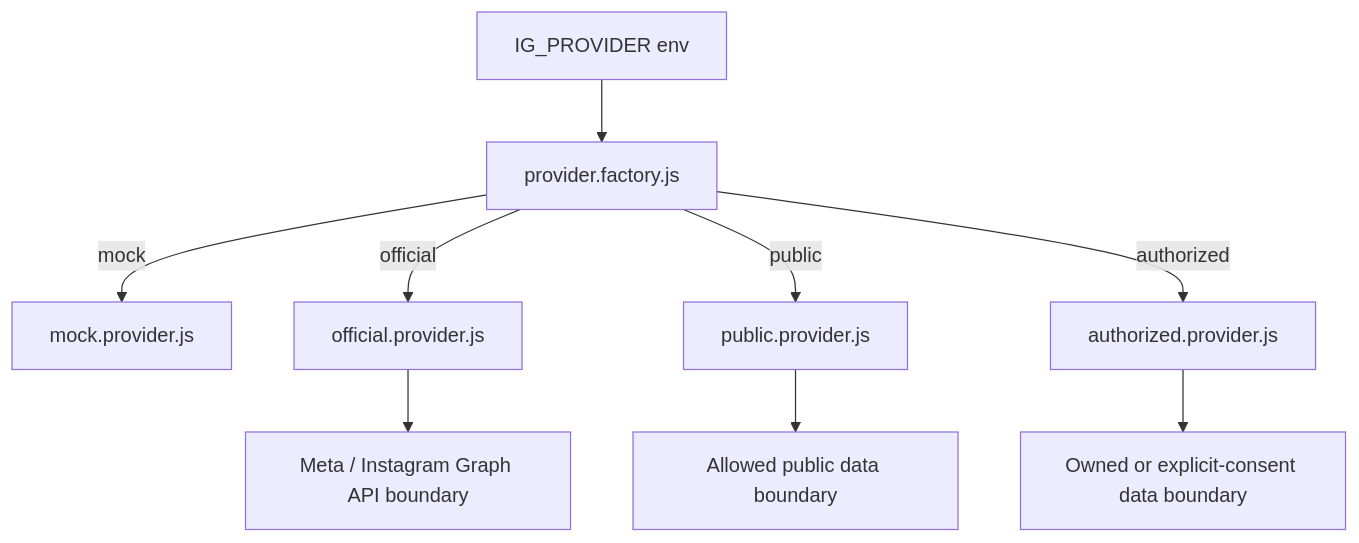
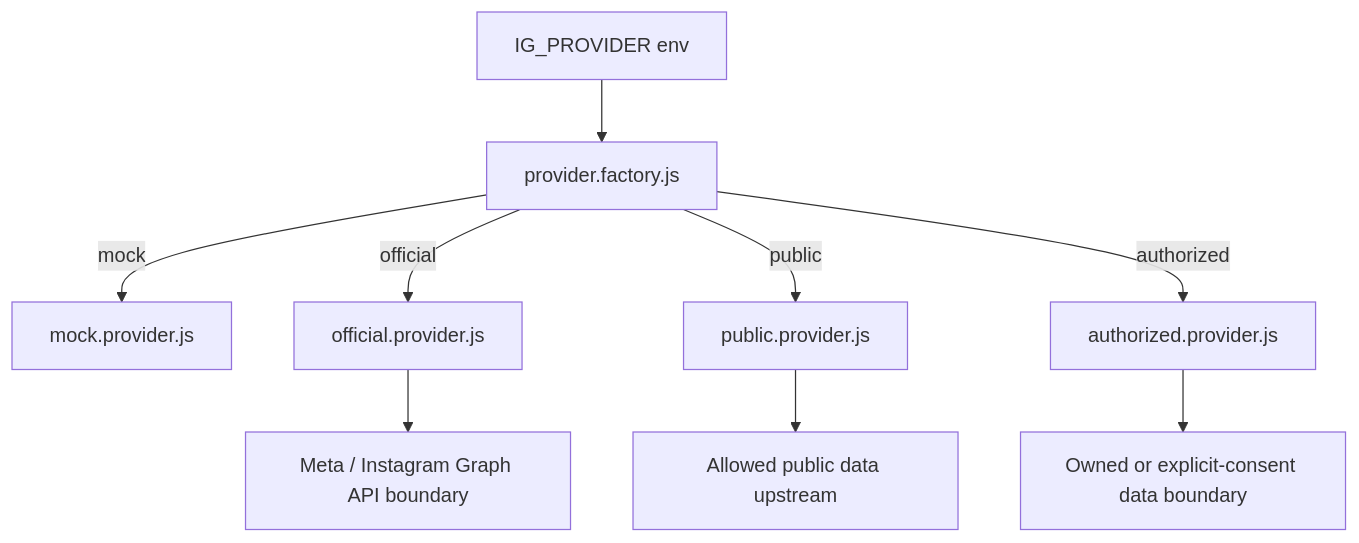
The second of 4 diagrams in README.md (kakrusliandika/TenRusl-InstagramApiNodeJs), drawn with Mermaid before and after one commit. The commit also changed other lines of this file and 72 other files, not shown here.

````diff
--- a/README.md
+++ b/README.md
@@ -53,11 +55,11 @@
 ```mermaid
 flowchart TD
   ENV[IG_PROVIDER env] --> F[provider.factory.js]
   F -->|mock| MOCK[mock.provider.js]
   F -->|official| OFFICIAL[official.provider.js]
   F -->|public| PUBLIC[public.provider.js]
   F -->|authorized| AUTH[authorized.provider.js]
   OFFICIAL --> META[Meta / Instagram Graph API boundary]
-  PUBLIC --> PUB[Allowed public data boundary]
+  PUBLIC --> PUB[Allowed public data upstream]
   AUTH --> OWN[Owned or explicit-consent data boundary]
 ```
````
